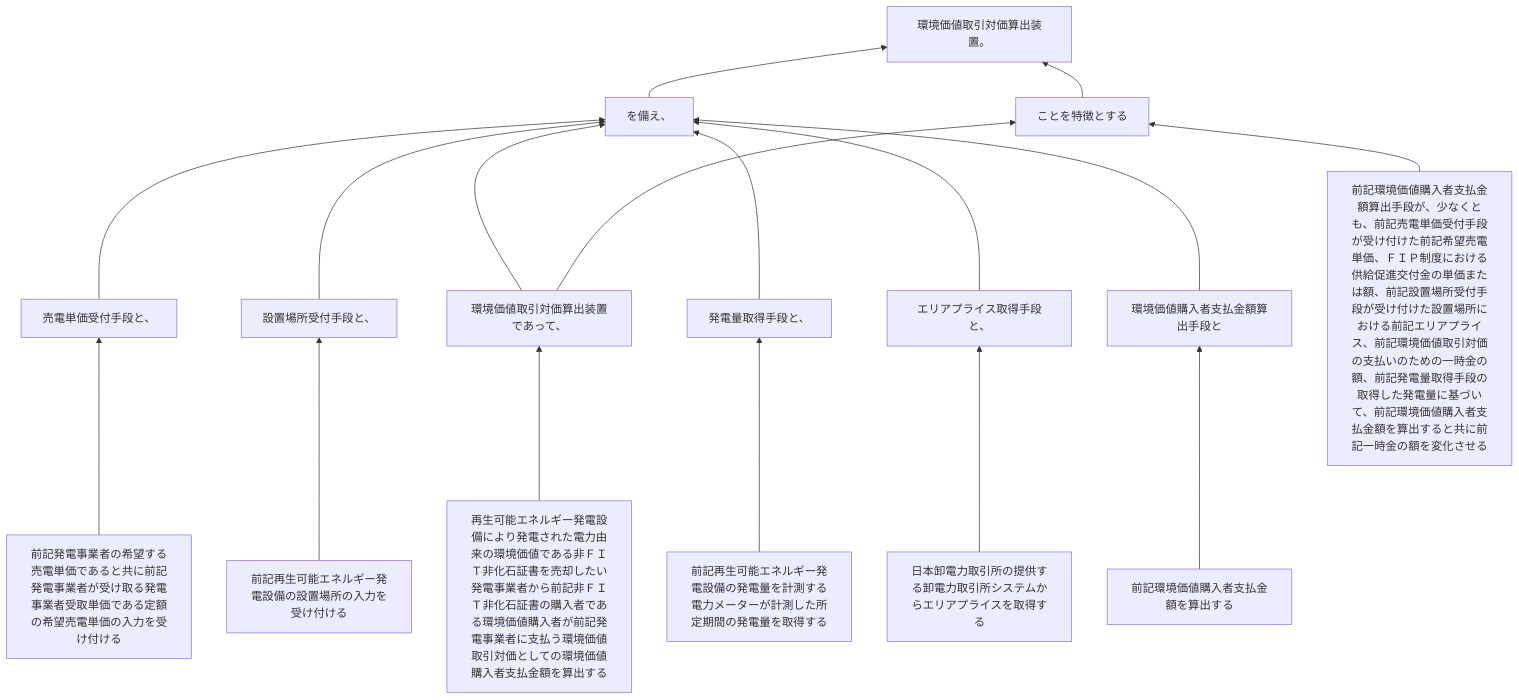
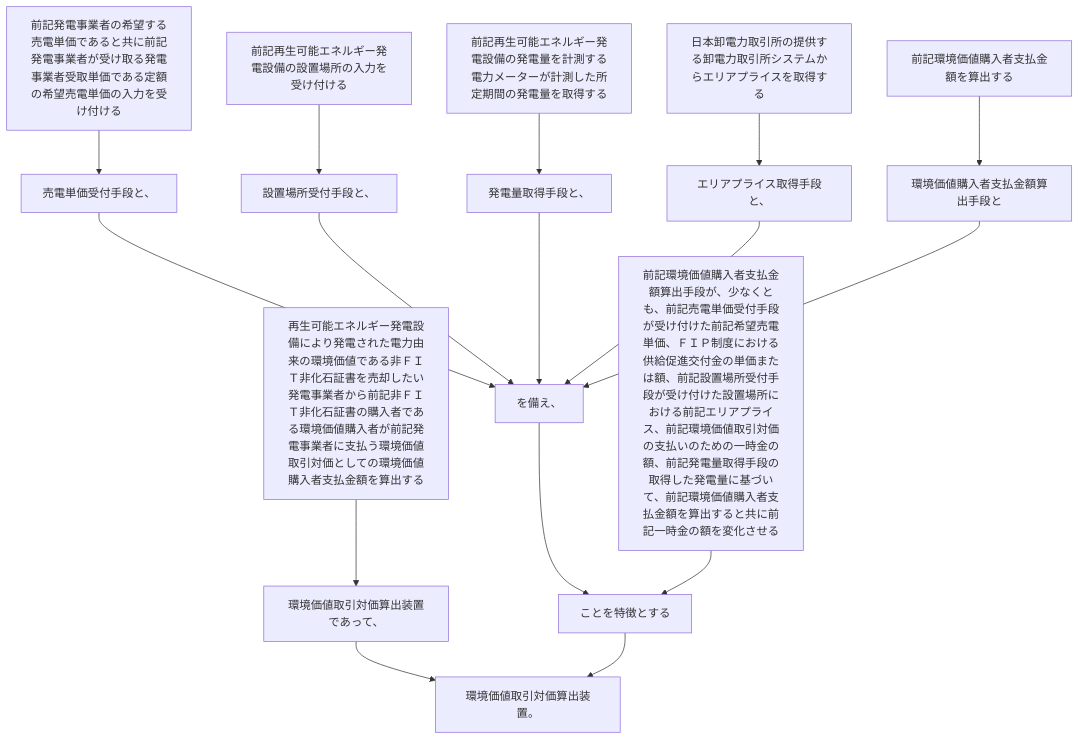
The diagram in 2024/JP2024027042A/claim_1/README.md (shinmori55/patent_analyzed), drawn with Mermaid before and after one commit. The commit also changed 336 other files, not shown here.

````diff
--- a/2024/JP2024027042A/claim_1/README.md
+++ b/2024/JP2024027042A/claim_1/README.md
@@ -8,39 +8,34 @@
 ```mermaid
-flowchart BT
+flowchart TD
 A[再生可能エネルギー発電設備により発電された電力由来の環境価値である非ＦＩＴ非化石証書を売却したい発電事業者から前記非ＦＩＴ非化石証書の購入者である環境価値購入者が前記発電事業者に支払う環境価値取引対価としての環境価値購入者支払金額を算出する]
 B[環境価値取引対価算出装置であって、]
 C[前記発電事業者の希望する売電単価であると共に前記発電事業者が受け取る発電事業者受取単価である定額の希望売電単価の入力を受け付ける]
 D[売電単価受付手段と、]
 E[前記再生可能エネルギー発電設備の設置場所の入力を受け付ける]
 F[設置場所受付手段と、]
 G[前記再生可能エネルギー発電設備の発電量を計測する電力メーターが計測した所定期間の発電量を取得する]
 H[発電量取得手段と、]
 I[日本卸電力取引所の提供する卸電力取引所システムからエリアプライスを取得する]
 J[エリアプライス取得手段と、]
 K[前記環境価値購入者支払金額を算出する]
 L[環境価値購入者支払金額算出手段と]
 M[を備え、]
 N[前記環境価値購入者支払金額算出手段が、少なくとも、前記売電単価受付手段が受け付けた前記希望売電単価、ＦＩＰ制度における供給促進交付金の単価または額、前記設置場所受付手段が受け付けた設置場所における前記エリアプライス、前記環境価値取引対価の支払いのための一時金の額、前記発電量取得手段の取得した発電量に基づいて、前記環境価値購入者支払金額を算出すると共に前記一時金の額を変化させる]
 O[ことを特徴とする]
 P[環境価値取引対価算出装置。]
-
 A --> B
+B --> P
 C --> D
 E --> F
 G --> H
 I --> J
 K --> L
-
-B --> M
-B --> O
-
 D --> M
 F --> M
 H --> M
 J --> M
 L --> M
-
-M --> P
+M --> O
 N --> O
 O --> P
 ```
````
